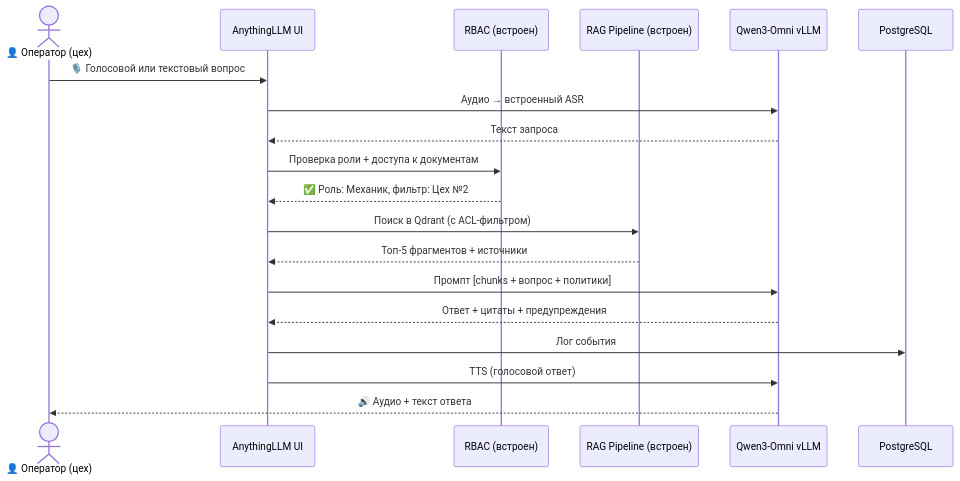
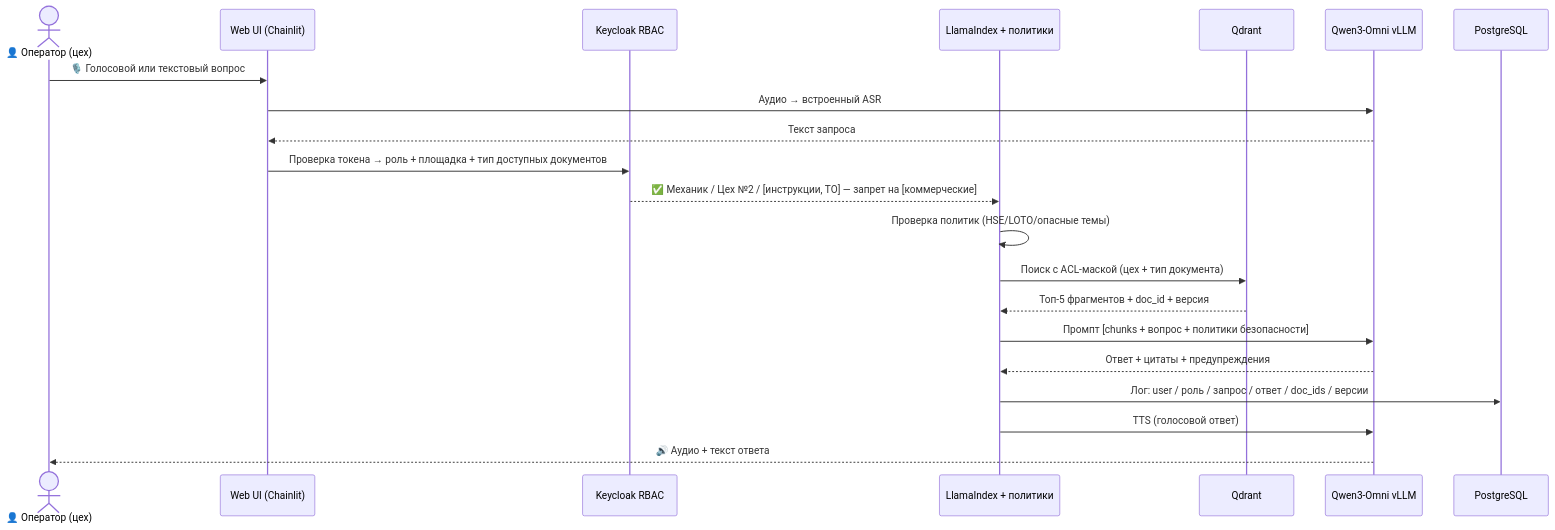
The sixth of 10 diagrams in review.md (anatolyshipitsyn/gaz), drawn with Mermaid before and after one commit. The commit also changed other lines of this file, not shown here.

````diff
--- a/review.md
+++ b/review.md
@@ -344,22 +350,24 @@
 ```mermaid
 sequenceDiagram
     actor User as 👤 Оператор (цех)
-    participant UI as AnythingLLM UI
-    participant RBAC as RBAC (встроен)
-    participant RAG as RAG Pipeline (встроен)
+    participant UI as Web UI (Chainlit)
+    participant KC as Keycloak RBAC
+    participant ORCH as LlamaIndex + политики
+    participant RAG as Qdrant
     participant OMNI as Qwen3-Omni vLLM
     participant DB as PostgreSQL
 
     User->>UI: 🎙️ Голосовой или текстовый вопрос
     UI->>OMNI: Аудио → встроенный ASR
     OMNI-->>UI: Текст запроса
-    UI->>RBAC: Проверка роли + доступа к документам
-    RBAC-->>UI: ✅ Роль: Механик, фильтр: Цех №2
-    UI->>RAG: Поиск в Qdrant (с ACL-фильтром)
-    RAG-->>UI: Топ-5 фрагментов + источники
-    UI->>OMNI: Промпт [chunks + вопрос + политики]
-    OMNI-->>UI: Ответ + цитаты + предупреждения
-    UI->>DB: Лог события
-    UI->>OMNI: TTS (голосовой ответ)
+    UI->>KC: Проверка токена → роль + площадка + тип доступных документов
+    KC-->>ORCH: ✅ Механик / Цех №2 / [инструкции, ТО] — запрет на [коммерческие]
+    ORCH->>ORCH: Проверка политик (HSE/LOTO/опасные темы)
+    ORCH->>RAG: Поиск с ACL-маской (цех + тип документа)
+    RAG-->>ORCH: Топ-5 фрагментов + doc_id + версия
+    ORCH->>OMNI: Промпт [chunks + вопрос + политики безопасности]
+    OMNI-->>ORCH: Ответ + цитаты + предупреждения
+    ORCH->>DB: Лог: user / роль / запрос / ответ / doc_ids / версии
+    ORCH->>OMNI: TTS (голосовой ответ)
     OMNI-->>User: 🔊 Аудио + текст ответа
 ```
````
